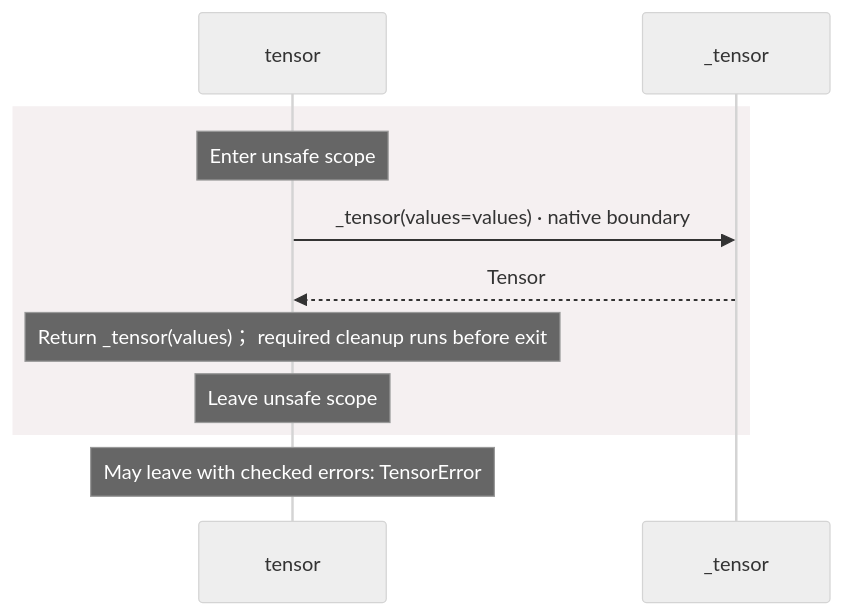
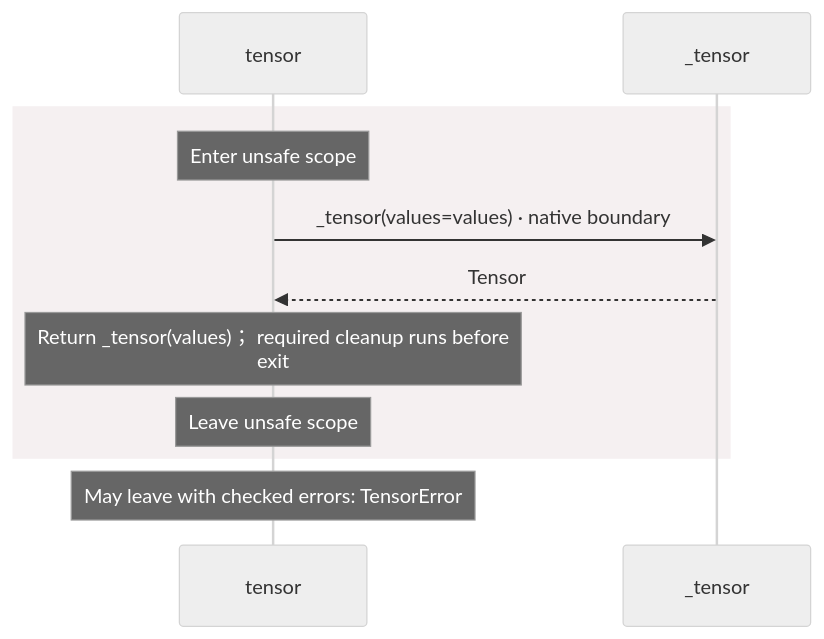
The third of 8 diagrams in docs/examples/native-pytorch/dependencies/packages/@greenpandastudios/aug-pytorch/0.1.6/api-diagrams.md (GreenPandaStudios/augscript), drawn with Mermaid (neutral theme) before and after one commit. The commit also changed other lines of this file and 200 other files, not shown here.

Commit message:
Group imported operations and wrap readable sequence messages

````diff
--- a/docs/examples/native-pytorch/dependencies/packages/@greenpandastudios/aug-pytorch/0.1.6/api-diagrams.md
+++ b/docs/examples/native-pytorch/dependencies/packages/@greenpandastudios/aug-pytorch/0.1.6/api-diagrams.md
@@ -97,13 +97,13 @@
 ```mermaid
 sequenceDiagram
     participant p0 as tensor
     participant p1 as _tensor
     rect rgb(245, 240, 241)
     Note over p0: Enter unsafe scope
     p0->>p1: _tensor(values=values) · native boundary
     p1-->>p0: Tensor
-    Note over p0: Return _tensor(values)； required cleanup runs before exit
+    Note over p0: Return _tensor(values)； required cleanup runs before<br/>exit
     Note over p0: Leave unsafe scope
     end
     Note over p0: May leave with checked errors: TensorError
 ```
````
